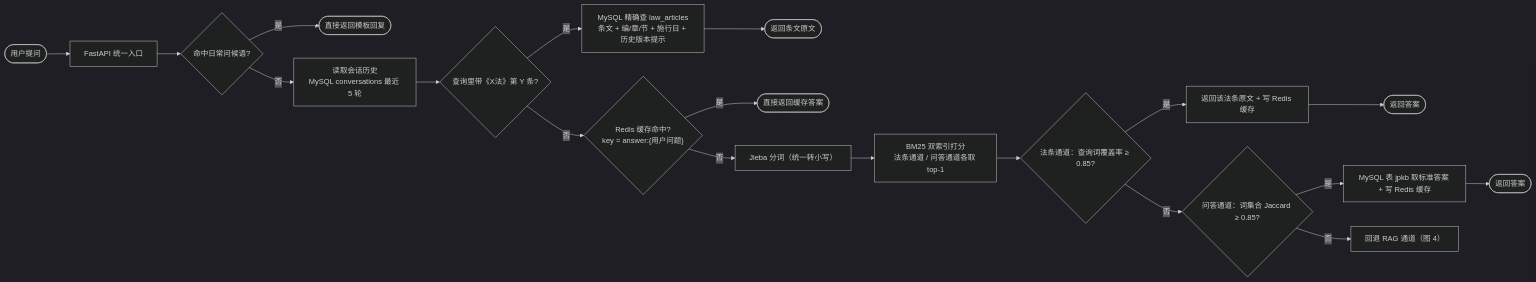
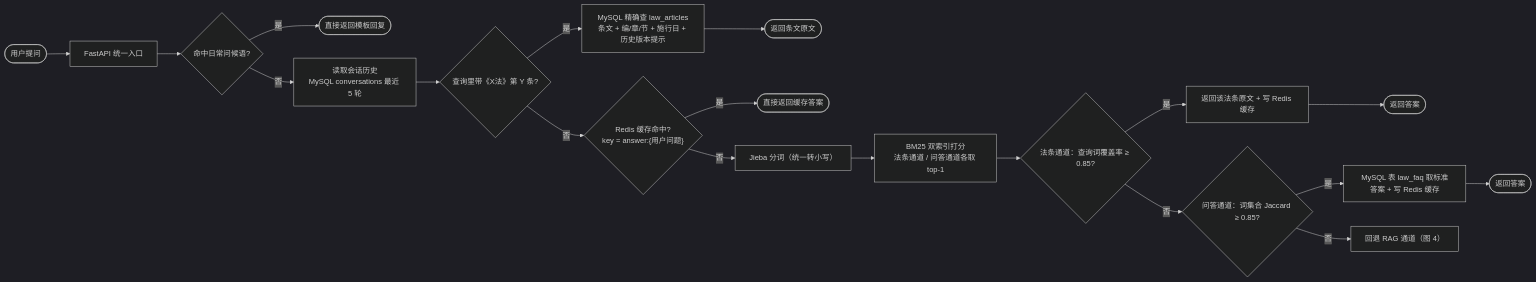
One commit to yanxiao-ci/lawrag changed the third of 4 diagrams in docs/RAG项目流程图说明.md. Above: the diagram before and after it, drawn with Mermaid (dark theme). The commit also changed other lines of this file and 39 other files, not shown here.

````diff
--- a/docs/RAG项目流程图说明.md
+++ b/docs/RAG项目流程图说明.md
@@ -161,17 +161,17 @@
 ```mermaid
 flowchart LR
   A([用户提问]) --> B["FastAPI 统一入口"]
   B --> C{"命中日常问候语?"}
   C -- 是 --> C1([直接返回模板回复])
   C -- 否 --> D["读取会话历史<br/>MySQL conversations 最近 5 轮"]
   D --> E{"查询里带《X法》第 Y 条?"}
   E -- 是 --> E1["MySQL 精确查 law_articles<br/>条文 + 编/章/节 + 施行日 + 历史版本提示"] --> E2([返回条文原文])
   E -- 否 --> F{"Redis 缓存命中?<br/>key = answer:{用户问题}"}
   F -- 是 --> F1([直接返回缓存答案])
   F -- 否 --> G["Jieba 分词（统一转小写）"] --> H["BM25 双索引打分<br/>法条通道 / 问答通道各取 top-1"]
   H --> I{"法条通道：查询词覆盖率 ≥ 0.85?"}
   I -- 是 --> I1["返回该法条原文 + 写 Redis 缓存"] --> I2([返回答案])
   I -- 否 --> J{"问答通道：词集合 Jaccard ≥ 0.85?"}
-  J -- 是 --> J1["MySQL 表 jpkb 取标准答案 + 写 Redis 缓存"] --> J2([返回答案])
+  J -- 是 --> J1["MySQL 表 law_faq 取标准答案 + 写 Redis 缓存"] --> J2([返回答案])
   J -- 否 --> K["回退 RAG 通道（图 4）"]
 ```
````
